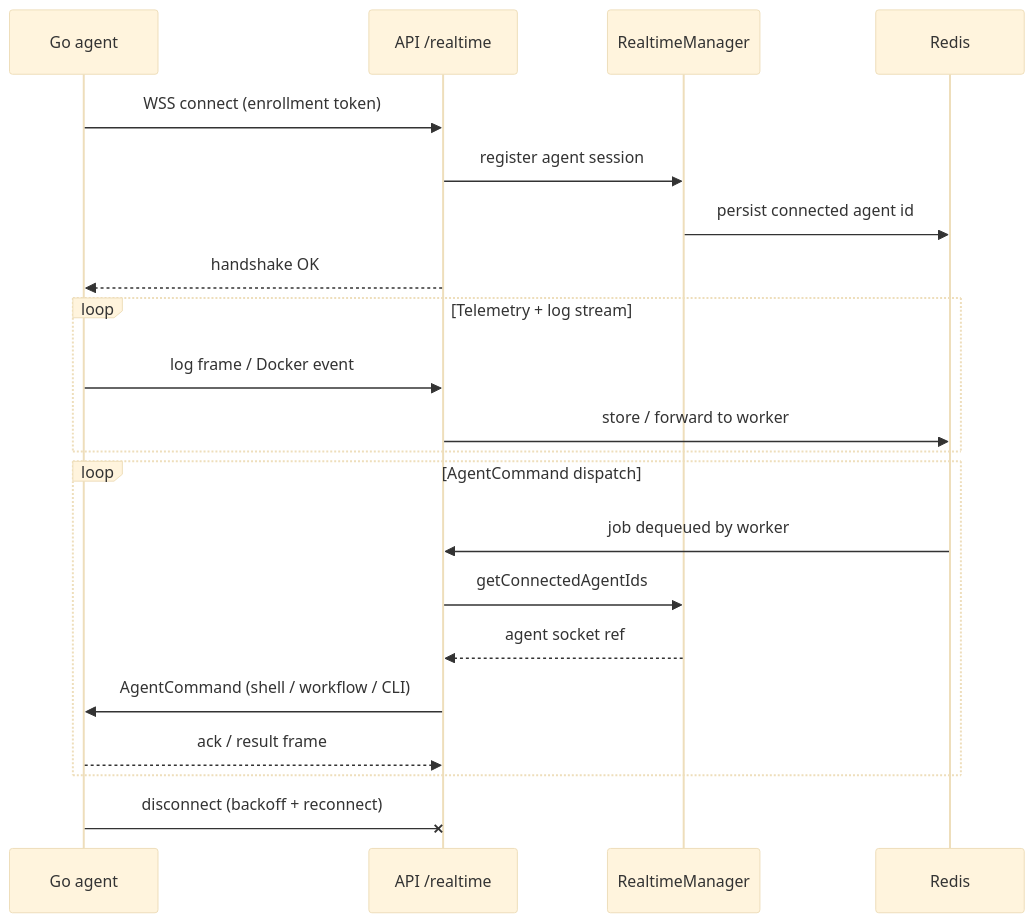
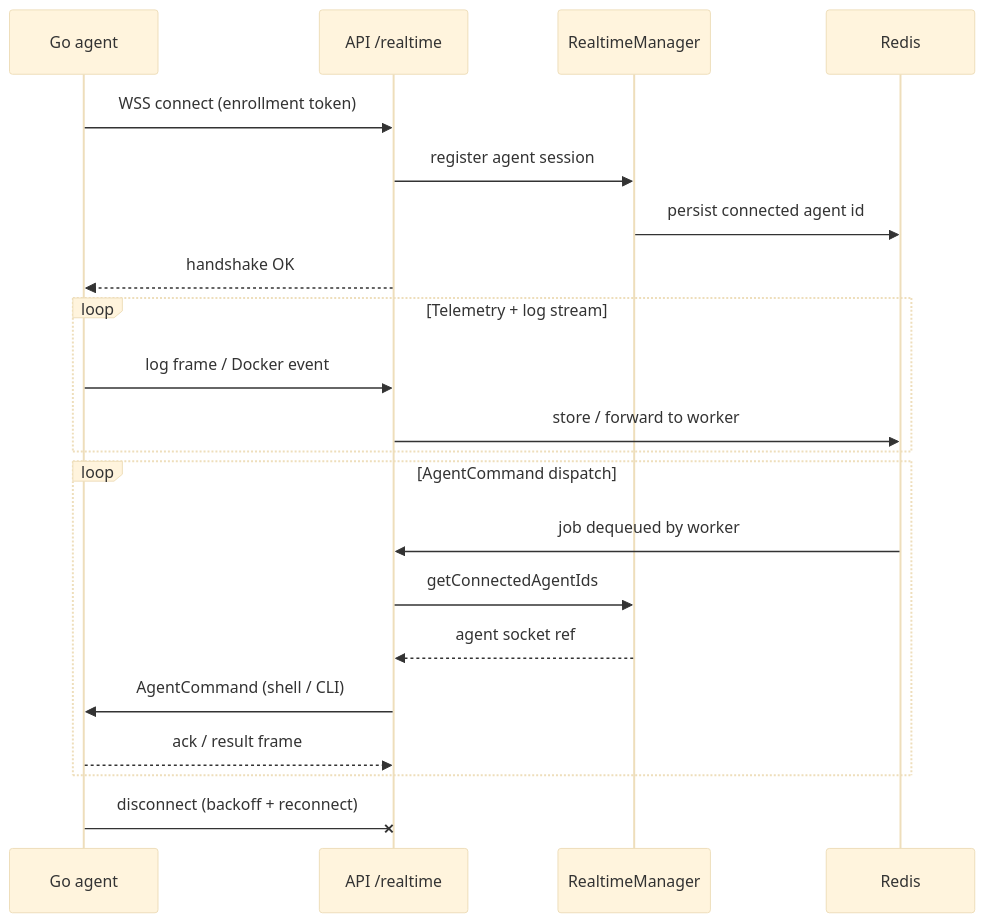
Before and after one commit to InnKeeperDevOps/service-monitor: the second of 6 diagrams in AGENTS.md, drawn with Mermaid (base theme). The commit also changed other lines of this file and 84 other files, not shown here.

First line of the commit message:
feat: strip workflow feature, focus on agent management

````diff
--- a/AGENTS.md
+++ b/AGENTS.md
@@ -241,27 +237,27 @@
 ```mermaid
 sequenceDiagram
   participant A as Go agent
   participant CP as API /realtime
   participant RM as RealtimeManager
   participant RD as Redis
 
   A->>CP: WSS connect (enrollment token)
   CP->>RM: register agent session
   RM->>RD: persist connected agent id
   CP-->>A: handshake OK
 
   loop Telemetry + log stream
     A->>CP: log frame / Docker event
     CP->>RD: store / forward to worker
   end
 
   loop AgentCommand dispatch
     RD->>CP: job dequeued by worker
     CP->>RM: getConnectedAgentIds
     RM-->>CP: agent socket ref
-    CP->>A: AgentCommand (shell / workflow / CLI)
+    CP->>A: AgentCommand (shell / CLI)
     A-->>CP: ack / result frame
   end
 
   A-xCP: disconnect (backoff + reconnect)
 ```
````
